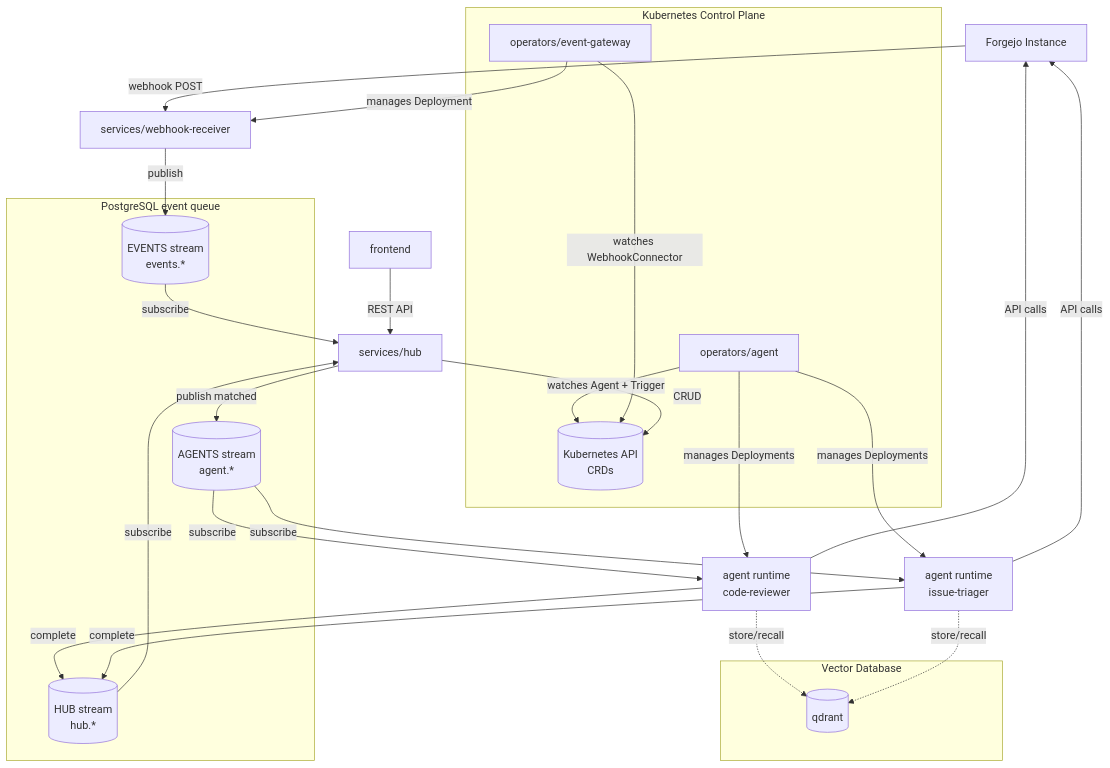
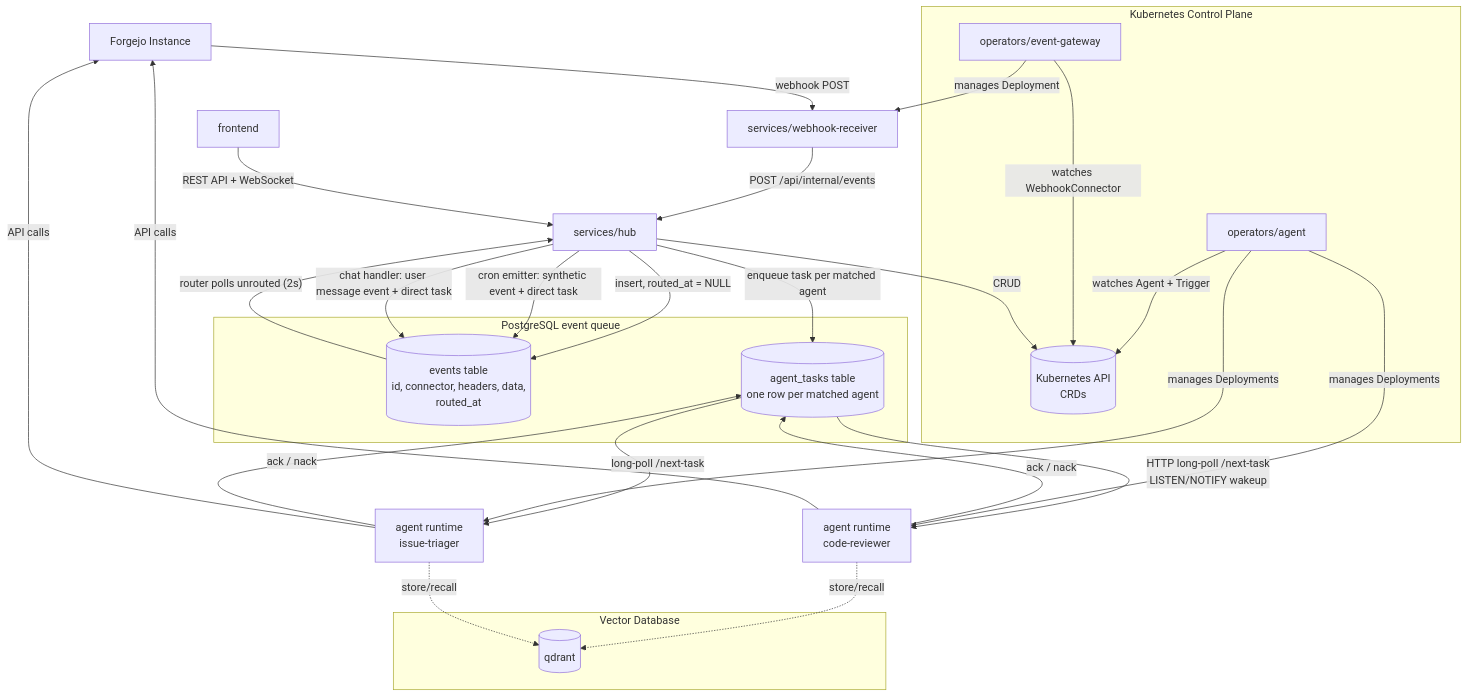
One commit to DominikPinsel/ainsel changed the first of 7 diagrams in docs/architecture.md. Above: the diagram before and after it, drawn with Mermaid. The commit also changed other lines of this file and 12 other files, not shown here.

First line of the commit message:
docs: ship the as-built event-flow rewrite + finish the staleness sweep (#242)

````diff
--- a/docs/architecture.md
+++ b/docs/architecture.md
@@ -15,44 +23,47 @@
 ```mermaid
 graph TD
     FORGE[Forgejo Instance] -->|webhook POST| FC[services/webhook-receiver]
 
     subgraph "PostgreSQL event queue"
-        NE[(EVENTS stream<br/>events.*)]
-        NA[(AGENTS stream<br/>agent.*)]
-        NH[(HUB stream<br/>hub.*)]
+        E[(events table<br/>id, connector, headers, data,<br/>routed_at)]
+        T[(agent_tasks table<br/>one row per matched agent)]
     end
 
-    FC -->|publish| NE
-    NE -->|subscribe| HUB[services/hub]
-    HUB -->|publish matched| NA
-    NA -->|subscribe| AR1[agent runtime<br/>code-reviewer]
-    NA -->|subscribe| AR2[agent runtime<br/>issue-triager]
-    AR1 -->|complete| NH
-    AR2 -->|complete| NH
-    NH -->|subscribe| HUB
+    FC -->|"POST /api/internal/events"| HUB[services/hub]
+    HUB -->|insert, routed_at = NULL| E
+    E -->|"router polls unrouted (2s)"| HUB
+    HUB -->|enqueue task per matched agent| T
+
+    HUB -->|"cron emitter: synthetic event + direct task"| E
+    HUB -->|"chat handler: user message event + direct task"| E
+
+    T -->|"HTTP long-poll /next-task<br/>LISTEN/NOTIFY wakeup"| AR1[agent runtime<br/>code-reviewer]
+    T -->|long-poll /next-task| AR2[agent runtime<br/>issue-triager]
+    AR1 -->|ack / nack| T
+    AR2 -->|ack / nack| T
 
     AR1 -->|API calls| FORGE
     AR2 -->|API calls| FORGE
 
     subgraph "Kubernetes Control Plane"
         AO[operators/agent]
         CO[operators/event-gateway]
         K8s[(Kubernetes API<br/>CRDs)]
     end
 
     AO -->|watches Agent + Trigger| K8s
     CO -->|watches WebhookConnector| K8s
     AO -->|manages Deployments| AR1
     AO -->|manages Deployments| AR2
     CO -->|manages Deployment| FC
 
-    UI[frontend] -->|REST API| HUB
+    UI[frontend] -->|"REST API + WebSocket"| HUB
     HUB -->|CRUD| K8s
 
     subgraph "Vector Database"
         QD[(qdrant)]
     end
 
     AR1 -.->|store/recall| QD
     AR2 -.->|store/recall| QD
 ```
````
